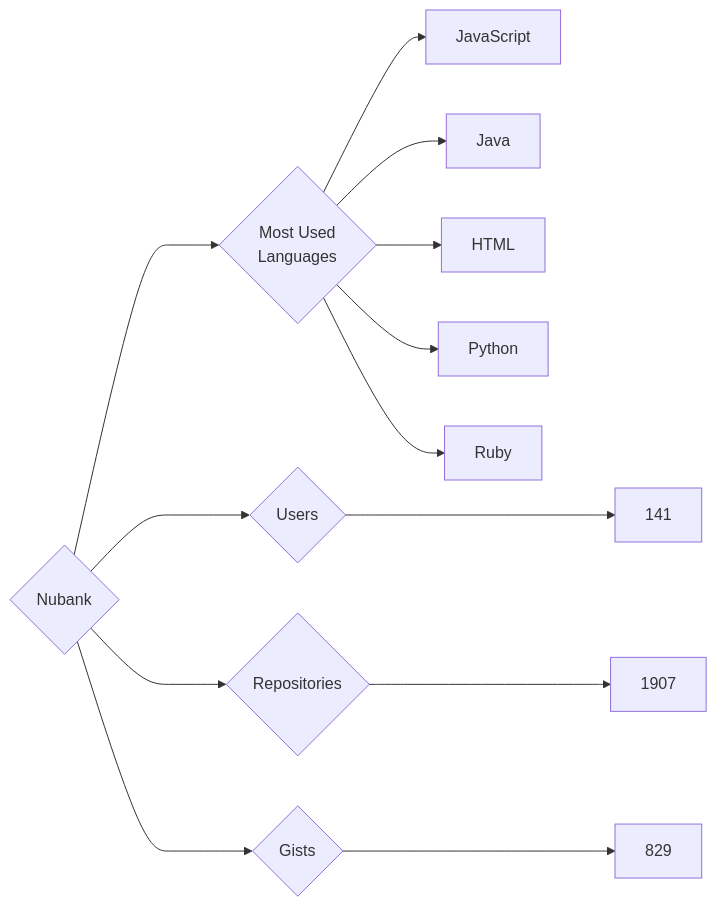
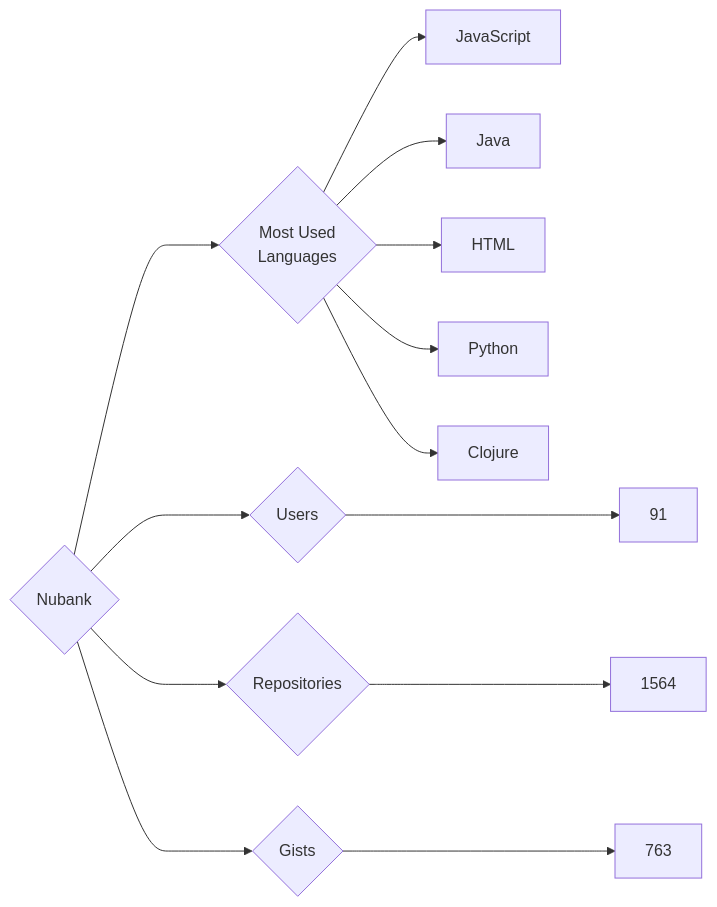
The diagram in targets/Nubank/README.md (trickest/insiders), drawn with Mermaid before and after one commit. The commit also changed 794 other files, not shown here.

````diff
--- a/targets/Nubank/README.md
+++ b/targets/Nubank/README.md
@@ -3,13 +3,13 @@
 ```mermaid
 graph LR
 COMPANY_NAME{Nubank}
-COMPANY_NAME ---> U{Users} ---> UN[141]
-COMPANY_NAME ---> R{Repositories} ---> RN[1907]
-COMPANY_NAME ---> G{Gists} ---> GN[829]
+COMPANY_NAME ---> U{Users} ---> UN[91]
+COMPANY_NAME ---> R{Repositories} ---> RN[1564]
+COMPANY_NAME ---> G{Gists} ---> GN[763]
 COMPANY_NAME ---> ML{Most Used<br>Languages}
 ML --> JavaScript[JavaScript]
 ML --> Java[Java]
 ML --> HTML[HTML]
 ML --> Python[Python]
-ML --> Ruby[Ruby]
+ML --> Clojure[Clojure]
 ```
````
